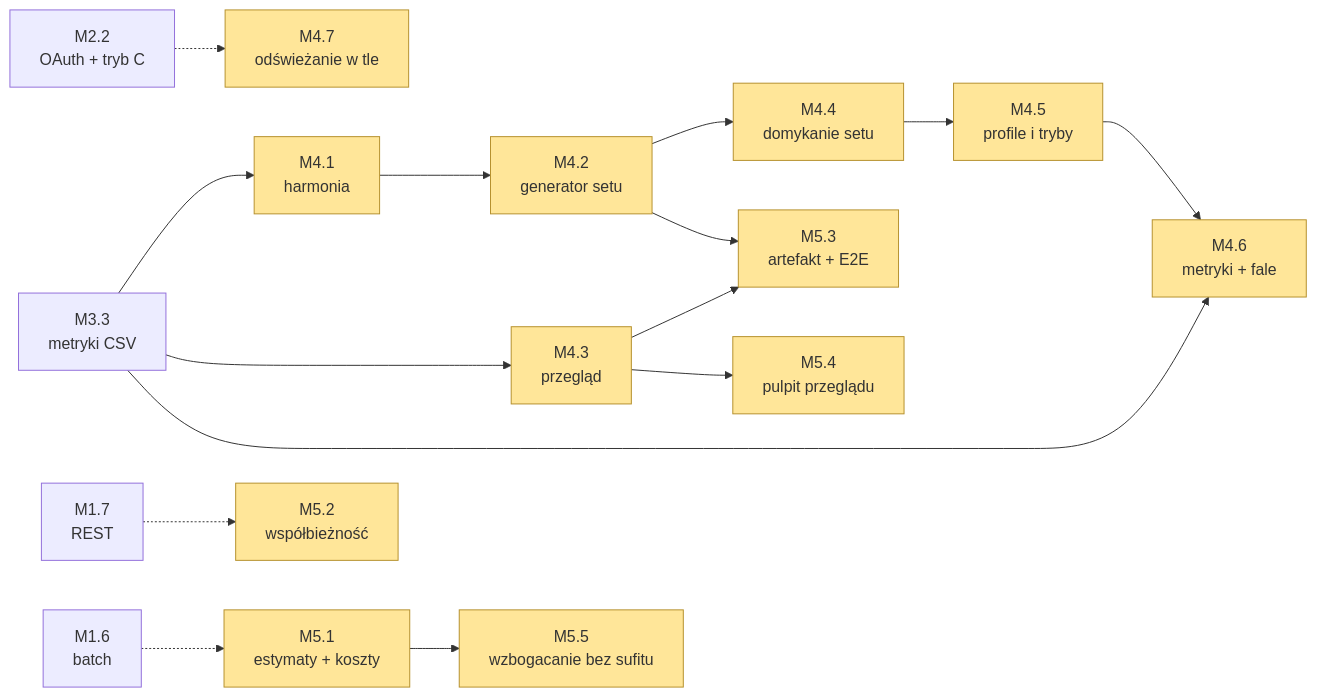
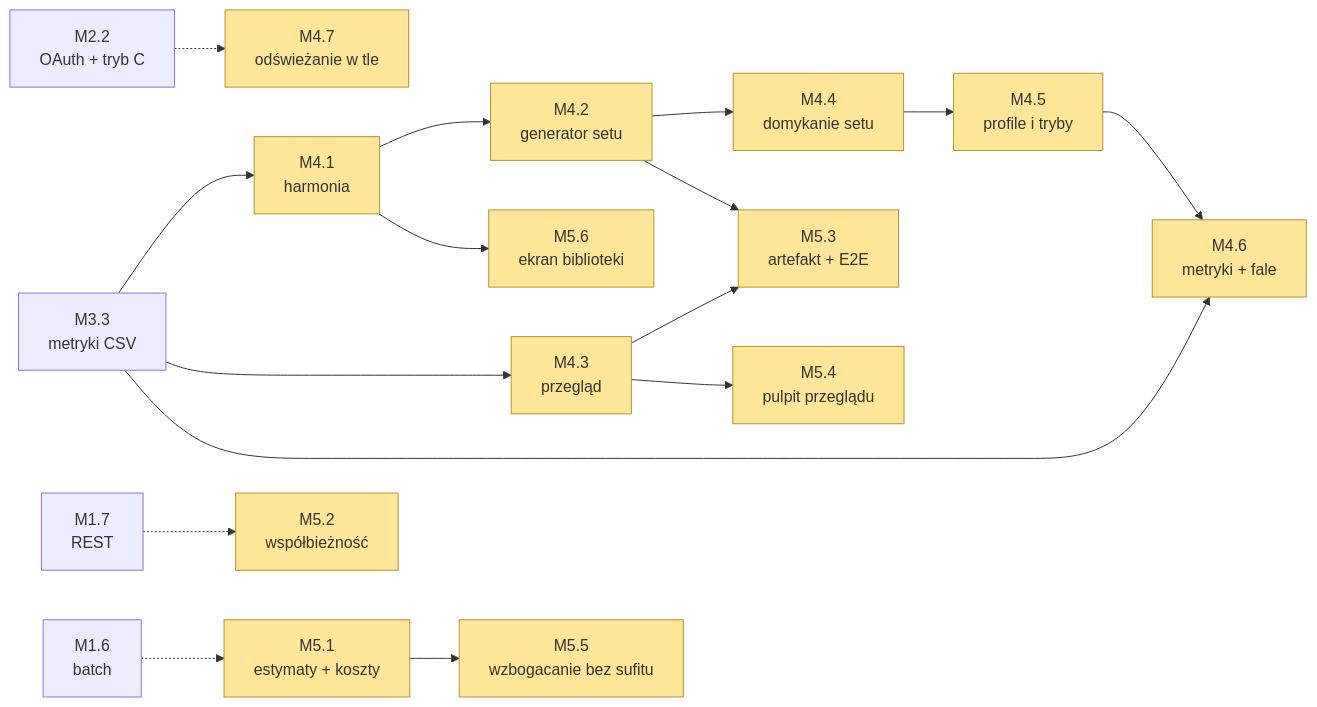
Before and after one commit to pgoogol/music-view: the third of 3 diagrams in docs/PLAN.md, drawn with Mermaid. The commit also changed other lines of this file and 30 other files, not shown here.

````diff
--- a/docs/PLAN.md
+++ b/docs/PLAN.md
@@ -681,17 +708,18 @@
 ```mermaid
 flowchart LR
     M33[M3.3<br/>metryki CSV] --> M41[M4.1<br/>harmonia] & M43[M4.3<br/>przegląd]
     M41 --> M42[M4.2<br/>generator setu]
     M42 --> M44[M4.4<br/>domykanie setu] --> M45[M4.5<br/>profile i tryby]
     M45 --> M46[M4.6<br/>metryki + fale]
     M33 --> M46
     M22[M2.2<br/>OAuth + tryb C] -.-> M47[M4.7<br/>odświeżanie w tle]
     M16[M1.6<br/>batch] -.-> M51[M5.1<br/>estymaty + koszty]
     M17[M1.7<br/>REST] -.-> M52[M5.2<br/>współbieżność]
     M42 & M43 --> M53[M5.3<br/>artefakt + E2E]
     M43 --> M54[M5.4<br/>pulpit przeglądu]
     M51 --> M55[M5.5<br/>wzbogacanie bez sufitu]
+    M41 --> M56[M5.6<br/>ekran biblioteki]
 
     classDef plan fill:#FFE699,stroke:#B6912E
-    class M41,M42,M43,M44,M45,M46,M47,M51,M52,M53,M54,M55 plan
+    class M41,M42,M43,M44,M45,M46,M47,M51,M52,M53,M54,M55,M56 plan
 ```
````
